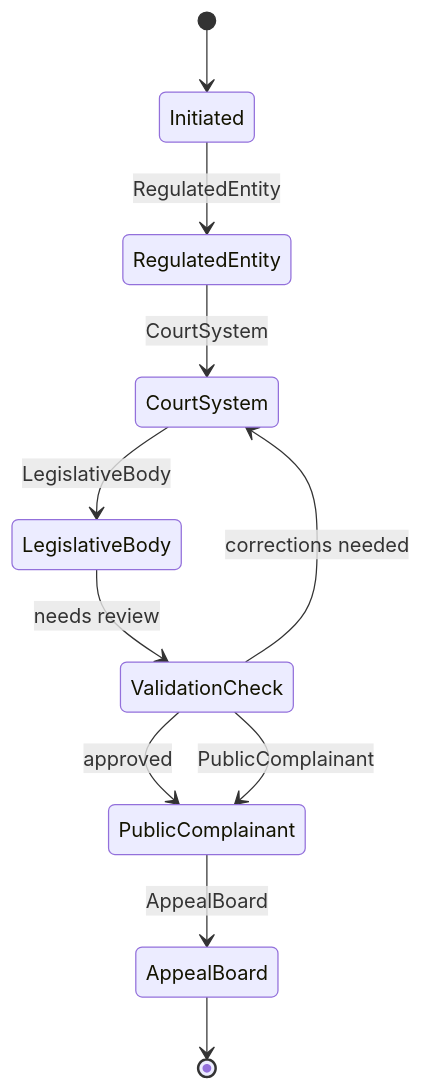
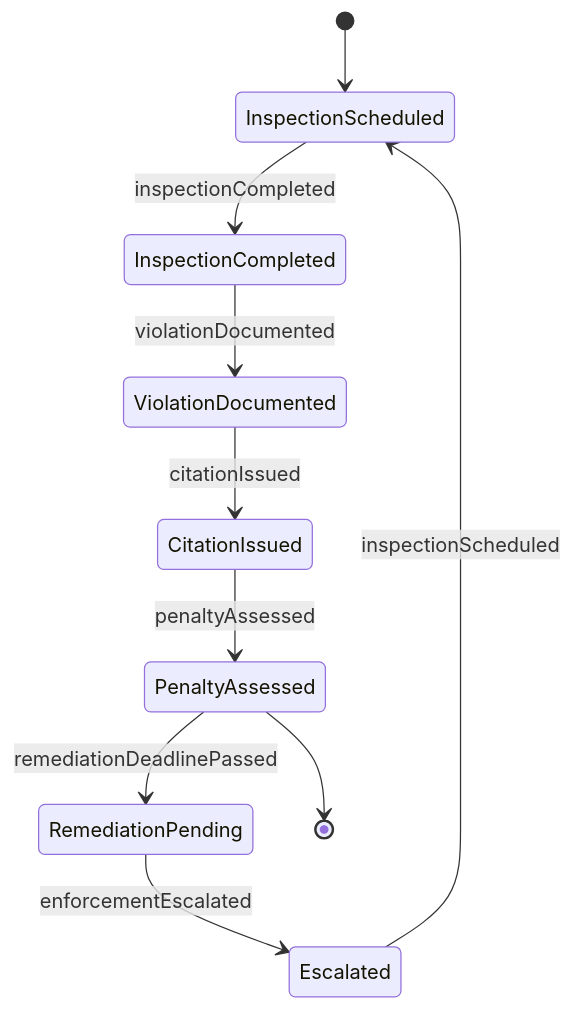
Before and after one commit to dot-org-ai/tasks.org.ai: the second of 4 diagrams in GuidingDirectingAndMotivatingSubordinates/DirectSecurityOrSafetyActivitiesOrOperations/CoordinateEnforcementLawsRegulations.mdx, drawn with Mermaid. The commit also changed other lines of this file and 515 other files, not shown here.

````diff
--- a/GuidingDirectingAndMotivatingSubordinates/DirectSecurityOrSafetyActivitiesOrOperations/CoordinateEnforcementLawsRegulations.mdx
+++ b/GuidingDirectingAndMotivatingSubordinates/DirectSecurityOrSafetyActivitiesOrOperations/CoordinateEnforcementLawsRegulations.mdx
@@ -105,13 +102,12 @@
 ```mermaid
 stateDiagram-v2
-    [*] --> Initiated
-    Initiated --> RegulatedEntity: RegulatedEntity
-    RegulatedEntity --> CourtSystem: CourtSystem
-    CourtSystem --> LegislativeBody: LegislativeBody
-    LegislativeBody --> ValidationCheck: needs review
-    ValidationCheck --> CourtSystem: corrections needed
-    ValidationCheck --> PublicComplainant: approved
-    ValidationCheck --> PublicComplainant: PublicComplainant
-    PublicComplainant --> AppealBoard: AppealBoard
-    AppealBoard --> [*]
+    [*] --> InspectionScheduled
+    InspectionScheduled --> InspectionCompleted : inspectionCompleted
+    InspectionCompleted --> ViolationDocumented : violationDocumented
+    ViolationDocumented --> CitationIssued : citationIssued
+    CitationIssued --> PenaltyAssessed : penaltyAssessed
+    PenaltyAssessed --> RemediationPending : remediationDeadlinePassed
+    RemediationPending --> Escalated : enforcementEscalated
+    Escalated --> InspectionScheduled : inspectionScheduled
+    PenaltyAssessed --> [*]
 ```
````
